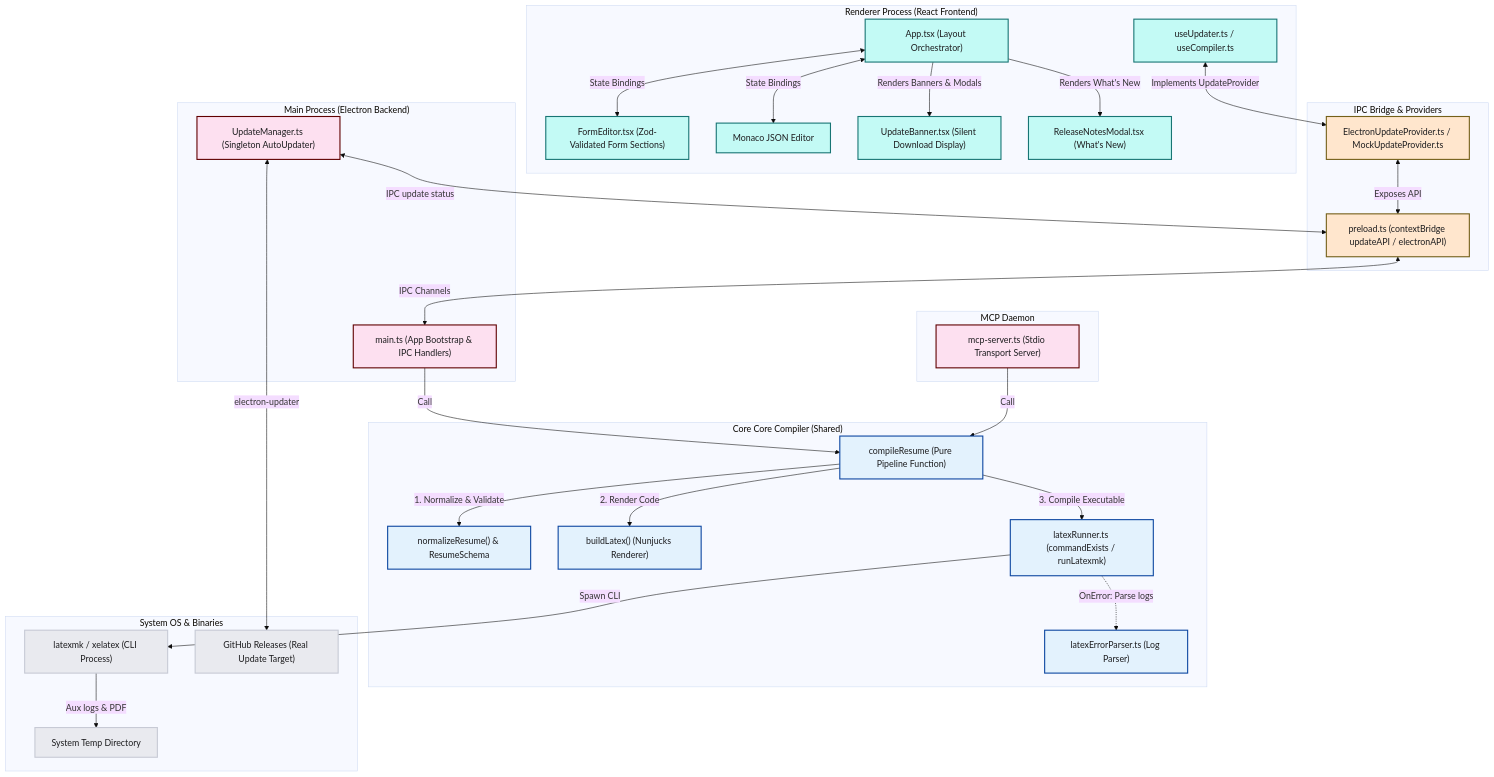
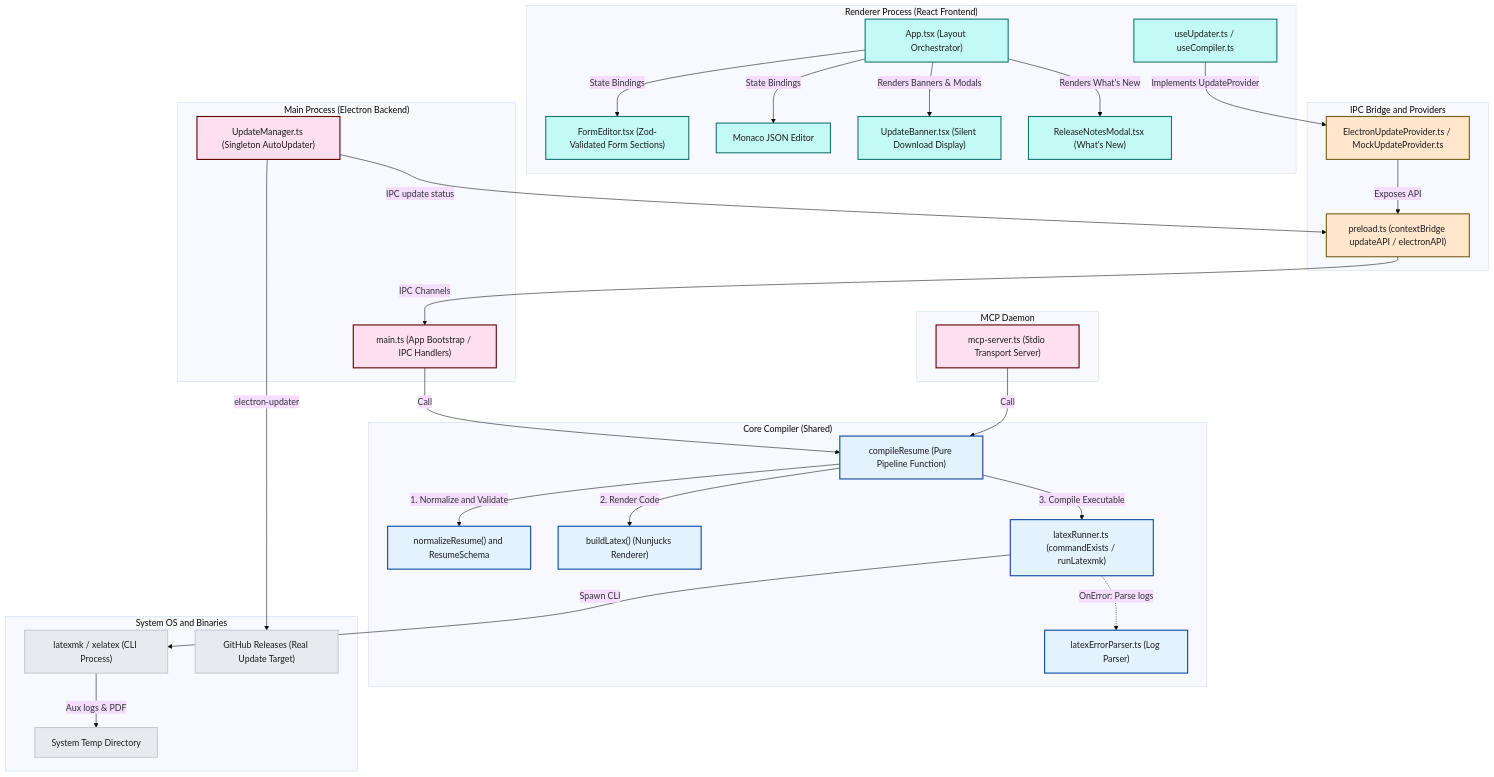
One commit to vicky-dx/resume-generator changed the diagram in project_architecture.md. Above: the diagram before and after it, drawn with Mermaid (base theme).

Commit message:
docs: fix Mermaid syntax errors in project_architecture.md

````diff
--- a/project_architecture.md
+++ b/project_architecture.md
@@ -35,69 +35,69 @@
 ```mermaid
 graph TD
     %% Styling
     classDef frontend fill:#c3faf5,stroke:#187574,stroke-width:2px,color:#1c1c1e;
     classDef ipc fill:#ffe6cd,stroke:#746019,stroke-width:2px,color:#1c1c1e;
     classDef backend fill:#fde0f0,stroke:#600000,stroke-width:2px,color:#1c1c1e;
     classDef service fill:#e3f2fd,stroke:#0d47a1,stroke-width:2px,color:#1c1c1e;
     classDef external fill:#e9eaef,stroke:#c7cad5,stroke-width:2px,color:#1c1c1e;
 
     subgraph Renderer ["Renderer Process (React Frontend)"]
         A["App.tsx (Layout Orchestrator)"]:::frontend
         B["FormEditor.tsx (Zod-Validated Form Sections)"]:::frontend
         C["Monaco JSON Editor"]:::frontend
         D["UpdateBanner.tsx (Silent Download Display)"]:::frontend
         E["ReleaseNotesModal.tsx (What's New)"]:::frontend
         F["useUpdater.ts / useCompiler.ts"]:::frontend
     end
 
-    subgraph Bridge ["IPC Bridge & Providers"]
+    subgraph Bridge ["IPC Bridge and Providers"]
         G["preload.ts (contextBridge updateAPI / electronAPI)"]:::ipc
         H["ElectronUpdateProvider.ts / MockUpdateProvider.ts"]:::ipc
     end
 
     subgraph Main ["Main Process (Electron Backend)"]
-        I["main.ts (App Bootstrap & IPC Handlers)"]:::backend
+        I["main.ts (App Bootstrap / IPC Handlers)"]:::backend
         J["UpdateManager.ts (Singleton AutoUpdater)"]:::backend
     end
 
     subgraph MCP ["MCP Daemon"]
         K["mcp-server.ts (Stdio Transport Server)"]:::backend
     end
 
-    subgraph SharedServices ["Core Core Compiler (Shared)"]
+    subgraph SharedServices ["Core Compiler (Shared)"]
         L["compileResume (Pure Pipeline Function)"]:::service
-        M["normalizeResume() & ResumeSchema"]:::service
+        M["normalizeResume() and ResumeSchema"]:::service
         N["buildLatex() (Nunjucks Renderer)"]:::service
         O["latexRunner.ts (commandExists / runLatexmk)"]:::service
         P["latexErrorParser.ts (Log Parser)"]:::service
     end
 
-    subgraph LocalOS ["System OS & Binaries"]
+    subgraph LocalOS ["System OS and Binaries"]
         Q["latexmk / xelatex (CLI Process)"]:::external
         R["System Temp Directory"]:::external
         S["GitHub Releases (Real Update Target)"]:::external
     end
 
     %% Data Flow Connections
-    A <-->|State Bindings| C
-    A <-->|State Bindings| B
-    F <-->|Implements UpdateProvider| H
-    H <-->|Exposes API| G
-    G <-->|IPC Channels| I
+    A -->|State Bindings| C
+    A -->|State Bindings| B
+    F -->|Implements UpdateProvider| H
+    H -->|Exposes API| G
+    G -->|IPC Channels| I
     
     I -->|Call| L
     K -->|Call| L
     
-    L -->|1. Normalize & Validate| M
+    L -->|1. Normalize and Validate| M
     L -->|2. Render Code| N
     L -->|3. Compile Executable| O
     O -->|Spawn CLI| Q
     Q -->|Aux logs & PDF| R
     O -.->|OnError: Parse logs| P
     
-    J <-->|electron-updater| S
-    J <-->|IPC update status| G
+    J -->|electron-updater| S
+    J -->|IPC update status| G
     
     A -->|Renders Banners & Modals| D
     A -->|Renders What's New| E
 ```
````
